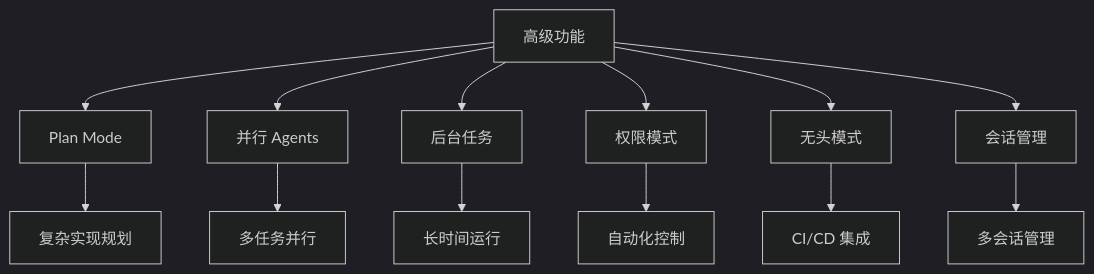
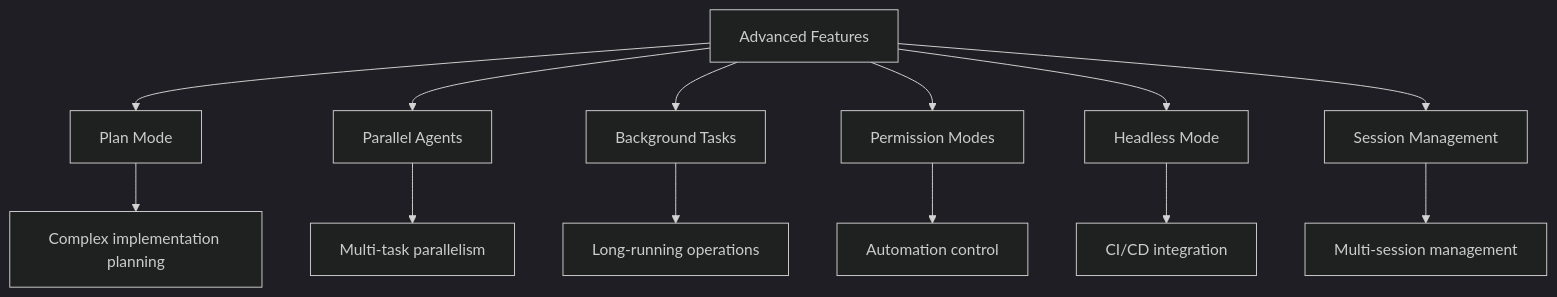
The first of 5 diagrams in 07-advanced-features/README.md (DDR187/cursor-howto), drawn with Mermaid (dark theme) before and after one commit. The commit also changed other lines of this file and 22 other files, not shown here.

````diff
--- a/07-advanced-features/README.md
+++ b/07-advanced-features/README.md
@@ -29,16 +29,16 @@
 ```mermaid
 flowchart TB
-    A[高级功能] --> B[Plan Mode]
-    A --> C[并行 Agents]
-    A --> D[后台任务]
-    A --> E[权限模式]
-    A --> F[无头模式]
-    A --> G[会话管理]
+    A[Advanced Features] --> B[Plan Mode]
+    A --> C[Parallel Agents]
+    A --> D[Background Tasks]
+    A --> E[Permission Modes]
+    A --> F[Headless Mode]
+    A --> G[Session Management]
     
-    B --> B1[复杂实现规划]
-    C --> C1[多任务并行]
-    D --> D1[长时间运行]
-    E --> E1[自动化控制]
-    F --> F1[CI/CD 集成]
-    G --> G1[多会话管理]
+    B --> B1[Complex implementation planning]
+    C --> C1[Multi-task parallelism]
+    D --> D1[Long-running operations]
+    E --> E1[Automation control]
+    F --> F1[CI/CD integration]
+    G --> G1[Multi-session management]
 ```
````
